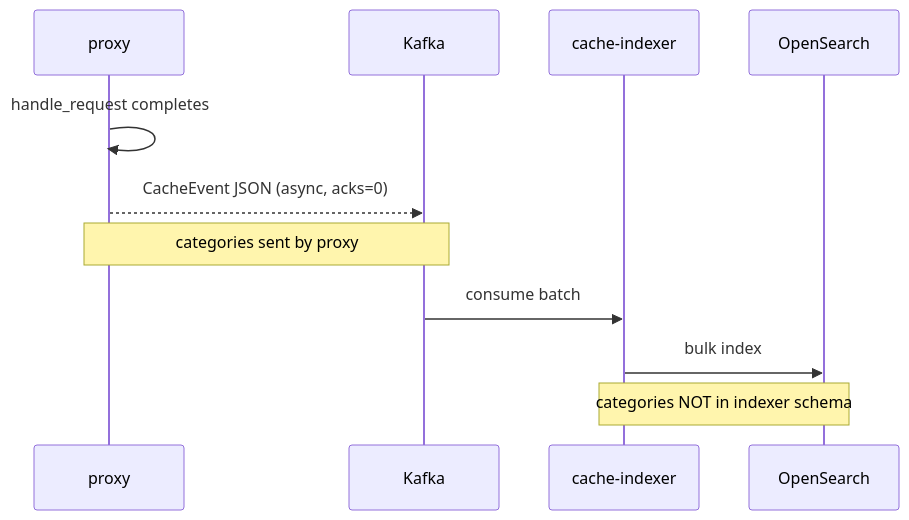
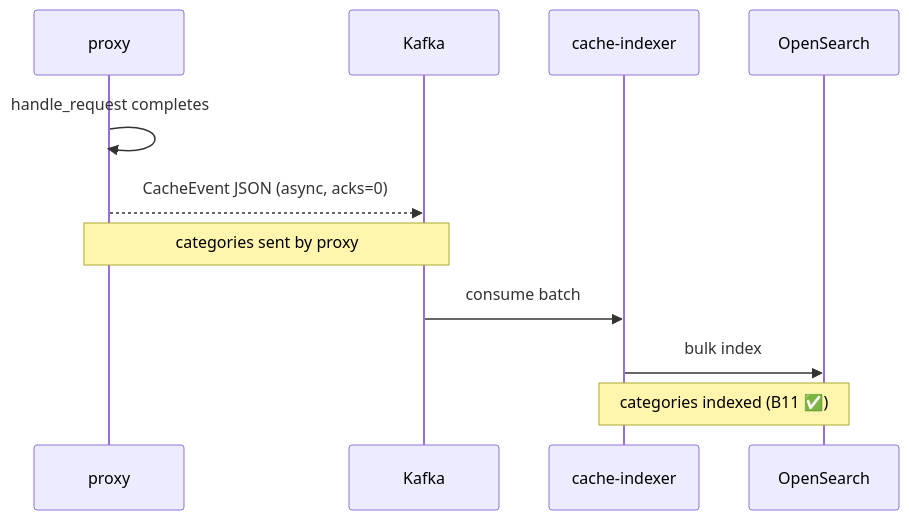
One commit to onixus/bsdm-proxy changed the second of 3 diagrams in docs/architecture.md. Above: the diagram before and after it, drawn with Mermaid. The commit also changed other lines of this file and 17 other files, not shown here.

````diff
--- a/docs/architecture.md
+++ b/docs/architecture.md
@@ -128,14 +128,14 @@
 ```mermaid
 sequenceDiagram
   participant P as proxy
   participant K as Kafka
   participant I as cache-indexer
   participant O as OpenSearch
 
   P->>P: handle_request completes
   P-->>K: CacheEvent JSON (async, acks=0)
   Note over P,K: categories sent by proxy
   K->>I: consume batch
   I->>O: bulk index
-  Note over I,O: categories NOT in indexer schema
+  Note over I,O: categories indexed (B11 ✅)
 ```
````
